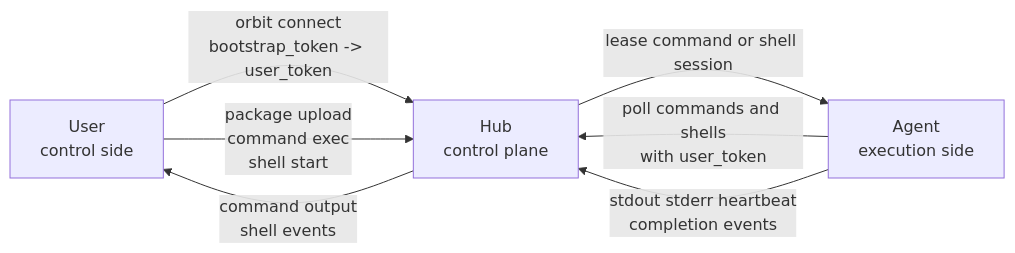
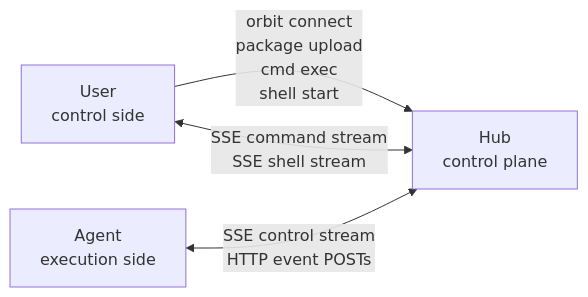
One commit to mvp-ai-lab/mvp-orbit changed the diagram in README.md. Above: the diagram before and after it, drawn with Mermaid. The commit also changed other lines of this file and 13 other files, not shown here.

````diff
--- a/README.md
+++ b/README.md
@@ -39,13 +39,10 @@
 ```mermaid
 flowchart LR
     U["User<br/>control side"]
     H["Hub<br/>control plane"]
     A["Agent<br/>execution side"]
 
-    U -->|"orbit connect<br/>bootstrap_token -> user_token"| H
-    U -->|"package upload<br/>command exec<br/>shell start"| H
-    A -->|"poll commands and shells<br/>with user_token"| H
-    H -->|lease command or shell session| A
-    A -->|"stdout stderr heartbeat<br/>completion events"| H
-    H -->|"command output<br/>shell events"| U
+    U -->|"orbit connect<br/>package upload<br/>cmd exec<br/>shell start"| H
+    U <-->|"SSE command stream<br/>SSE shell stream"| H
+    A <-->|"SSE control stream<br/>HTTP event POSTs"| H
 ```
````
